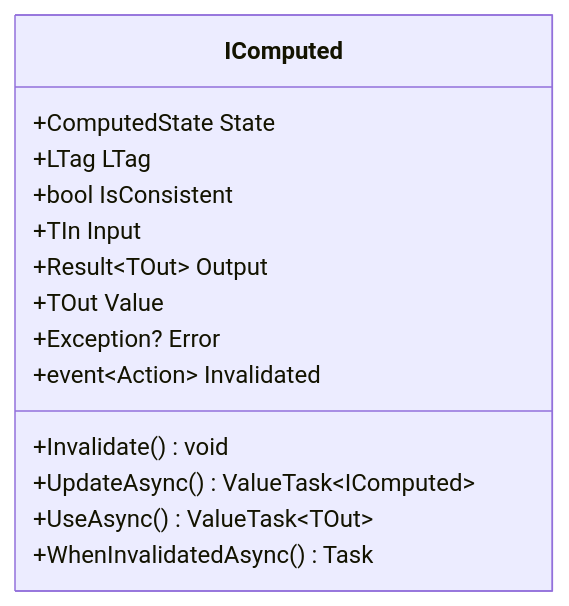
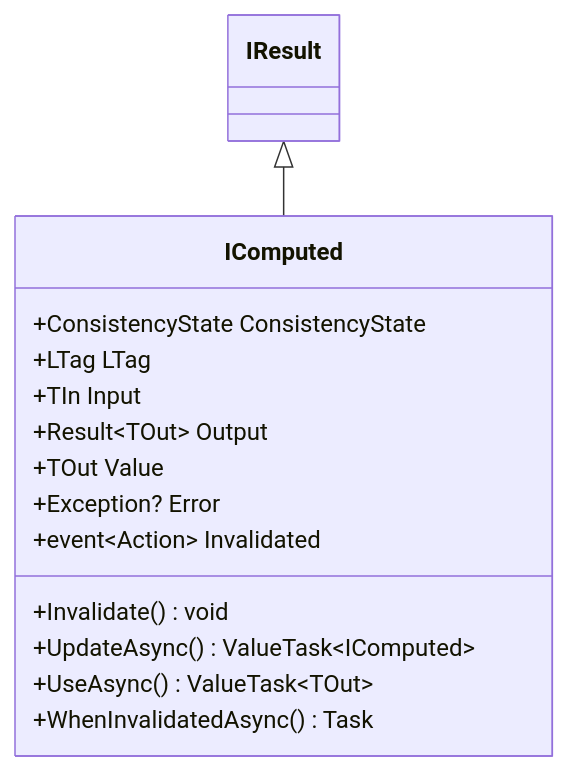
One commit to servicetitan/Stl.Fusion changed the diagram in docs/img-src/IComputed-Class.mmd. Above: the diagram before and after it, drawn with Mermaid. The commit also changed 100 other files, not shown here.

Commit message:
doc: Fix some diagrams

```diff
--- a/docs/img-src/IComputed-Class.mmd
+++ b/docs/img-src/IComputed-Class.mmd
@@ -1,16 +1,16 @@
 classDiagram
+  IResult <|-- IComputed
   class IComputed {
-    +ComputedState State
+    +ConsistencyState ConsistencyState
     +LTag LTag
-    +bool IsConsistent
     +TIn Input
     +Result~TOut~ Output
     +TOut Value
     +Exception? Error
     +event~Action~ Invalidated
 
     +Invalidate() void
     +UpdateAsync() ValueTask~IComputed~
     +UseAsync() ValueTask~TOut~
     +WhenInvalidatedAsync() Task
   }
```
